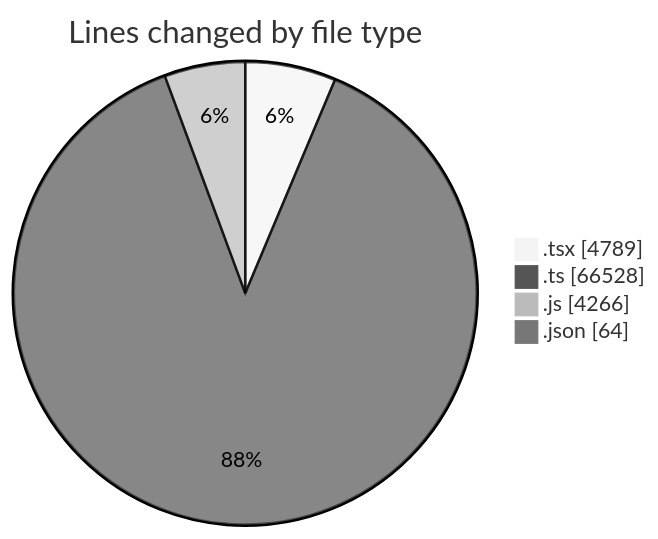
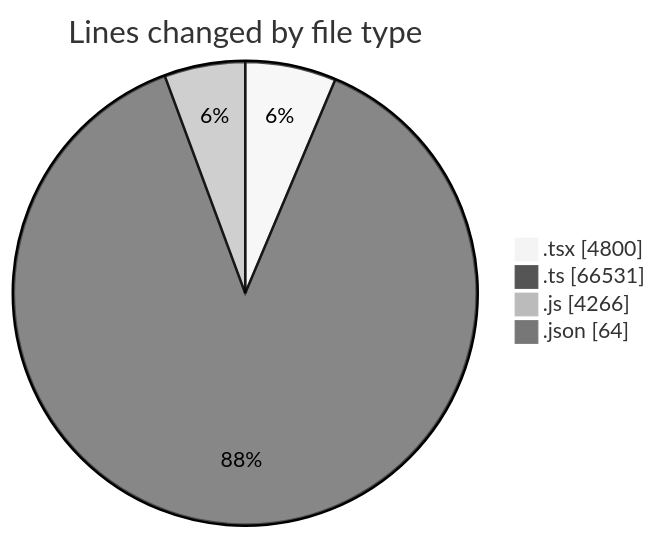
One commit to momahboobian/code-tracking changed the first of 2 diagrams in 2026-07-30/cda/README.md. Above: the diagram before and after it, drawn with Mermaid (neutral theme). The commit also changed other lines of this file and 1 other file, not shown here.

````diff
--- a/2026-07-30/cda/README.md
+++ b/2026-07-30/cda/README.md
@@ -54,8 +54,8 @@
 ```mermaid
 pie showData
 title Lines changed by file type
-".tsx" : 4789
-".ts" : 66528
+".tsx" : 4800
+".ts" : 66531
 ".js" : 4266
 ".json" : 64
 ```
````
